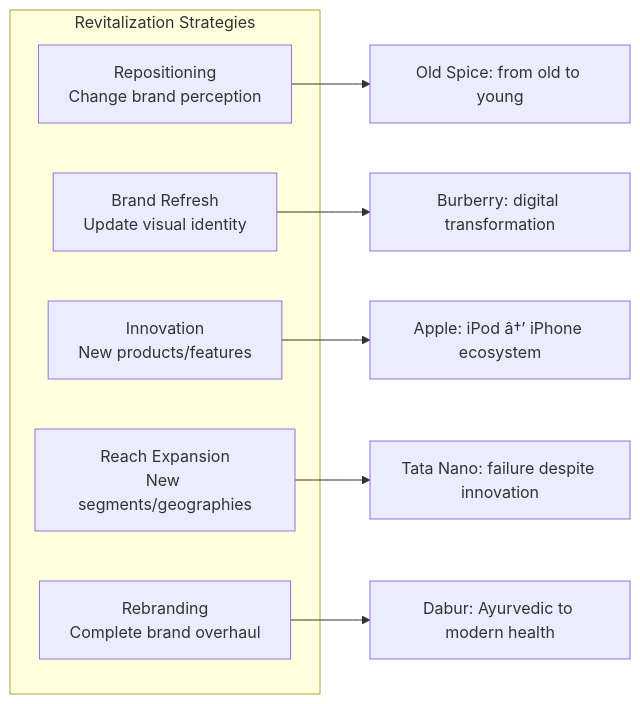
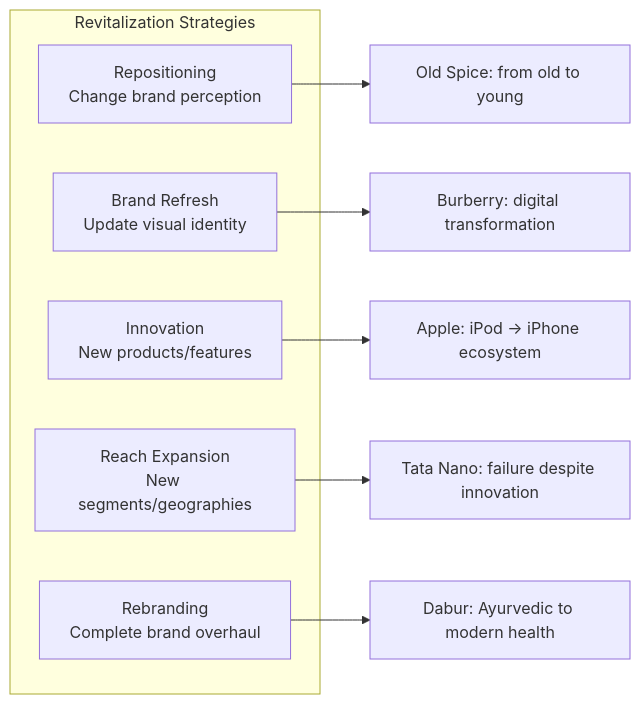
Before and after one commit to Raushan666java/ai-engineering-journey: the sixth of 7 diagrams in docs/courses/marketing-aptitude/03-brand-management-digital.md, drawn with Mermaid. The commit also changed other lines of this file and 965 other files, not shown here.

````diff
--- a/docs/courses/marketing-aptitude/03-brand-management-digital.md
+++ b/docs/courses/marketing-aptitude/03-brand-management-digital.md
@@ -453,15 +453,15 @@
 ```mermaid
 graph LR
     subgraph "Revitalization Strategies"
         R1[Repositioning<br/>Change brand perception]
         R2[Brand Refresh<br/>Update visual identity]
         R3[Innovation<br/>New products/features]
         R4[Reach Expansion<br/>New segments/geographies]
         R5[Rebranding<br/>Complete brand overhaul]
     end
     R1 --> E1[Old Spice: from old to young]
     R2 --> E2[Burberry: digital transformation]
-    R3 --> E3[Apple: iPod â†’ iPhone ecosystem]
+    R3 --> E3[Apple: iPod → iPhone ecosystem]
     R4 --> E4[Tata Nano: failure despite innovation]
     R5 --> E5[Dabur: Ayurvedic to modern health]
 ```
````
